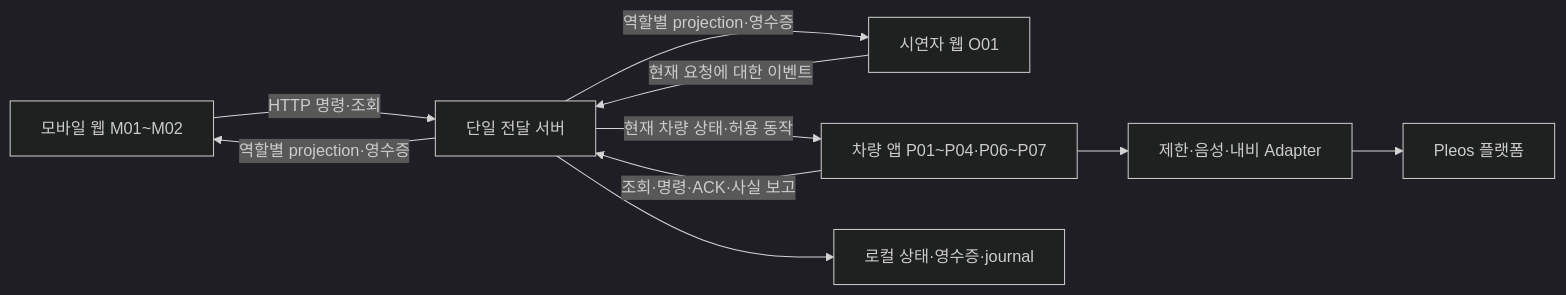
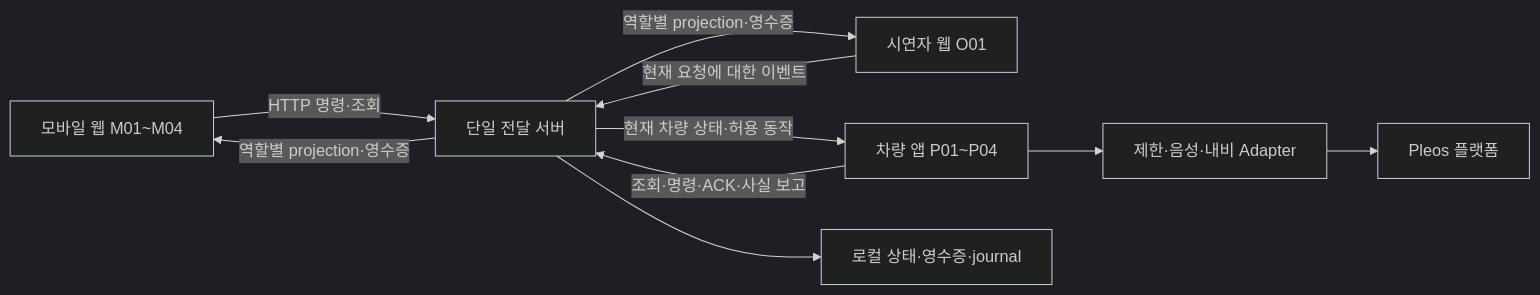
Before and after one commit to ho72/wayMate: the diagram in docs/06_개발_아키텍처_및_분담_가이드.md, drawn with Mermaid (dark theme). The commit also changed other lines of this file and 84 other files, not shown here.

````diff
--- a/docs/06_개발_아키텍처_및_분담_가이드.md
+++ b/docs/06_개발_아키텍처_및_분담_가이드.md
@@ -28,12 +28,12 @@
 ```mermaid
 flowchart LR
-    M[모바일 웹 M01~M02] -->|HTTP 명령·조회| S[단일 전달 서버]
+    M[모바일 웹 M01~M04] -->|HTTP 명령·조회| S[단일 전달 서버]
     O[시연자 웹 O01] -->|현재 요청에 대한 이벤트| S
     S -->|역할별 projection·영수증| M
     S -->|역할별 projection·영수증| O
-    C[차량 앱 P01~P04·P06~P07] -->|조회·명령·ACK·사실 보고| S
+    C[차량 앱 P01~P04] -->|조회·명령·ACK·사실 보고| S
     S -->|현재 차량 상태·허용 동작| C
     S --> R[로컬 상태·영수증·journal]
     C --> P[제한·음성·내비 Adapter]
     P --> V[Pleos 플랫폼]
 ```
````
